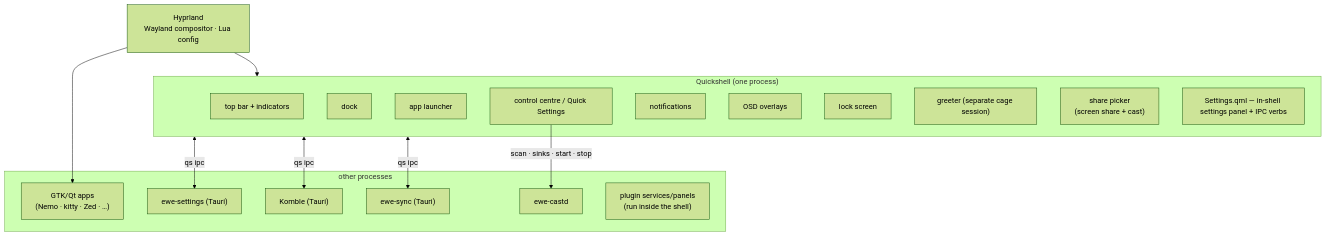
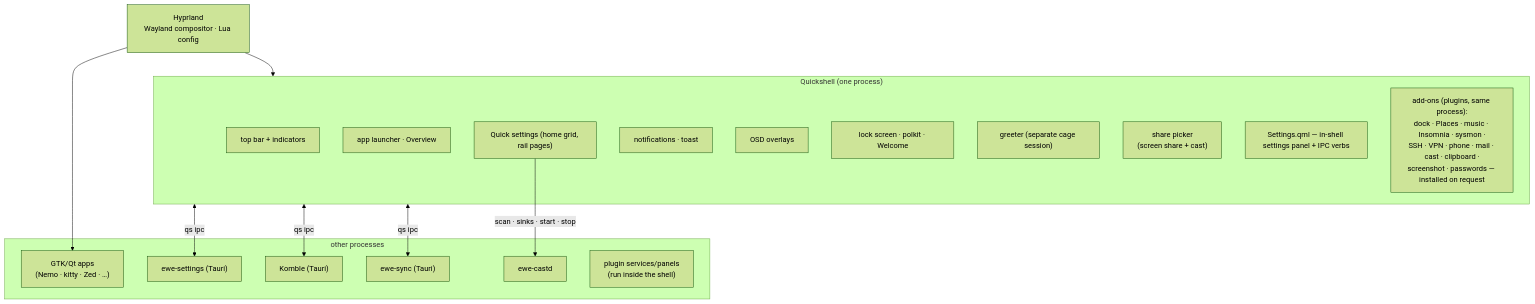
The diagram in 02-Architecture/Desktop Shell.md (prj786/ewe-map), drawn with Mermaid (forest theme) before and after one commit. The commit also changed other lines of this file and 12 other files, not shown here.

Commit message:
components/architecture/workflows: the 0.25 carve-out — add-ons, Shell singleton, Komble catalogue, ewe-settings add-on awareness, correct system-side install command

````diff
--- a/02-Architecture/Desktop Shell.md
+++ b/02-Architecture/Desktop Shell.md
@@ -15,32 +15,32 @@
 ```mermaid
 flowchart TB
     HYP["Hyprland<br/>Wayland compositor · Lua config"] --> QS["Quickshell — the QML shell"]
 
     subgraph QS["Quickshell (one process)"]
         BAR["top bar + indicators"]
-        DOCK["dock"]
-        LAUNCH["app launcher"]
-        CC["control centre / Quick Settings"]
-        NOTIF["notifications"]
+        LAUNCH["app launcher · Overview"]
+        CC["Quick settings (home grid, rail pages)"]
+        NOTIF["notifications · toast"]
         OSD["OSD overlays"]
-        LOCK["lock screen"]
+        LOCK["lock screen · polkit · Welcome"]
         GREET["greeter (separate cage session)"]
         PICK["share picker<br/>(screen share + cast)"]
         SETT["Settings.qml — in-shell settings panel + IPC verbs"]
+        ADDONS["add-ons (plugins, same process):<br/>dock · Places · music · Insomnia · sysmon ·<br/>SSH · VPN · phone · mail · cast · clipboard ·<br/>screenshot · passwords — installed on request"]
     end
 
     subgraph outside["other processes"]
         APPS["GTK/Qt apps<br/>(Nemo · kitty · Zed · …)"]
         T1["ewe-settings (Tauri)"]
         T2["Komble (Tauri)"]
         T3["ewe-sync (Tauri)"]
         CD["ewe-castd"]
         PLUG["plugin services/panels<br/>(run inside the shell)"]
     end
 
     QS <-->|"qs ipc"| T1
     QS <-->|"qs ipc"| T2
     QS <-->|"qs ipc"| T3
     CC -->|"scan · sinks · start · stop"| CD
     HYP --> APPS
 ```
````
